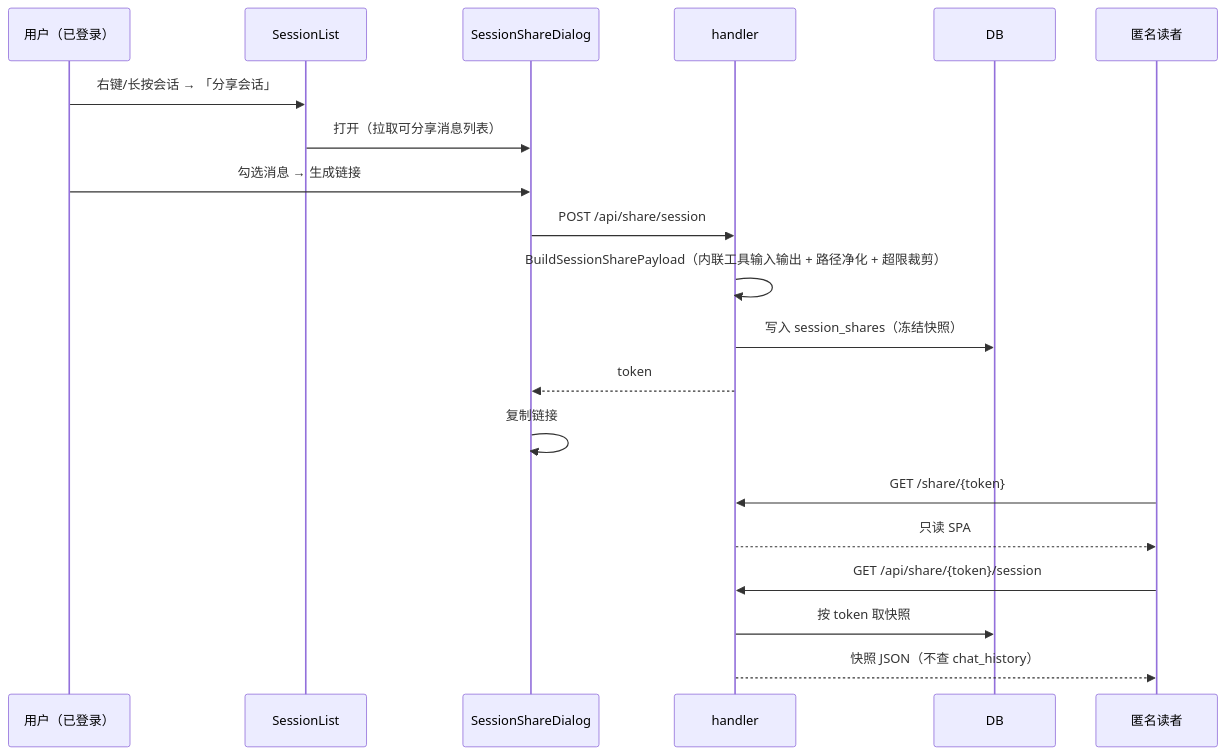
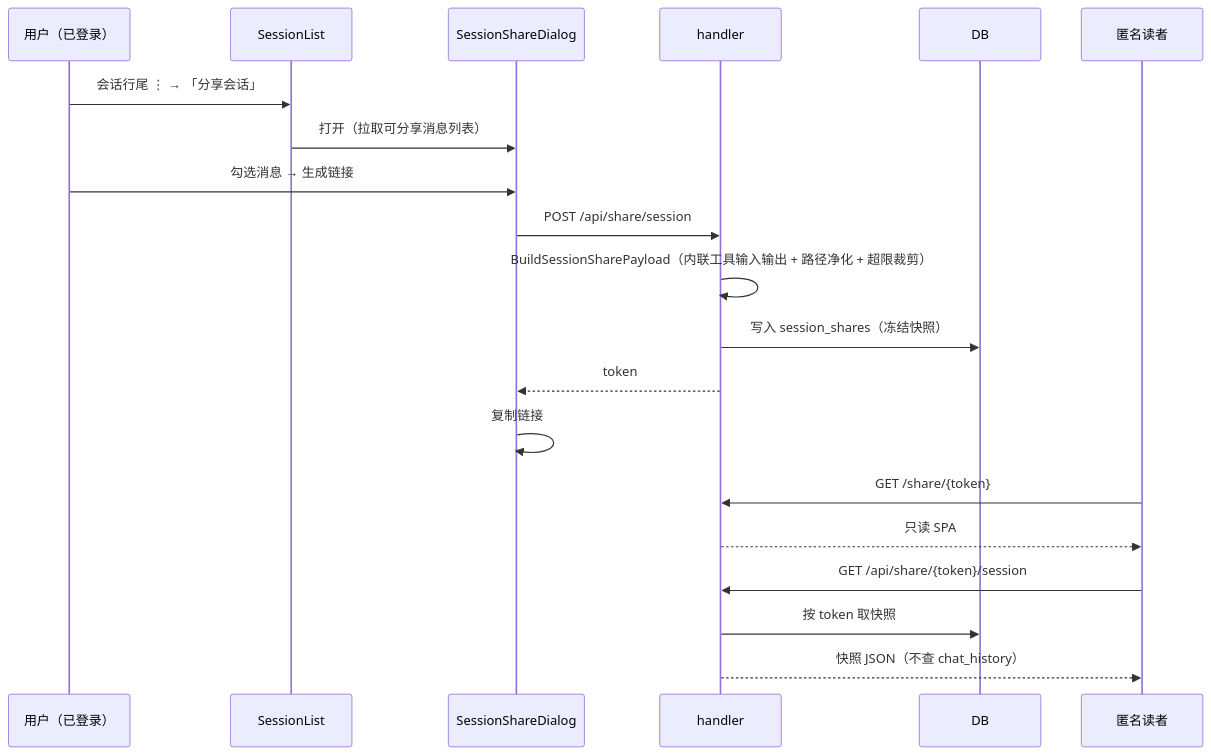
One commit to clawbench-dev/clawbench changed the first of 2 diagrams in docs/spec/features/session-share.md. Above: the diagram before and after it, drawn with Mermaid. The commit also changed other lines of this file and 18 other files, not shown here.

````diff
--- a/docs/spec/features/session-share.md
+++ b/docs/spec/features/session-share.md
@@ -16,24 +16,24 @@
 ```mermaid
 sequenceDiagram
     participant 用户 as 用户（已登录）
     participant List as SessionList
     participant Dialog as SessionShareDialog
     participant handler
     participant DB
     participant 读者 as 匿名读者
 
-    用户->>List: 右键/长按会话 → 「分享会话」
+    用户->>List: 会话行尾 ⋮ → 「分享会话」
     List->>Dialog: 打开（拉取可分享消息列表）
     用户->>Dialog: 勾选消息 → 生成链接
     Dialog->>handler: POST /api/share/session
     handler->>handler: BuildSessionSharePayload（内联工具输入输出 + 路径净化 + 超限裁剪）
     handler->>DB: 写入 session_shares（冻结快照）
     handler-->>Dialog: token
     Dialog->>Dialog: 复制链接
 
     读者->>handler: GET /share/{token}
     handler-->>读者: 只读 SPA
     读者->>handler: GET /api/share/{token}/session
     handler->>DB: 按 token 取快照
     handler-->>读者: 快照 JSON（不查 chat_history）
 ```
````
